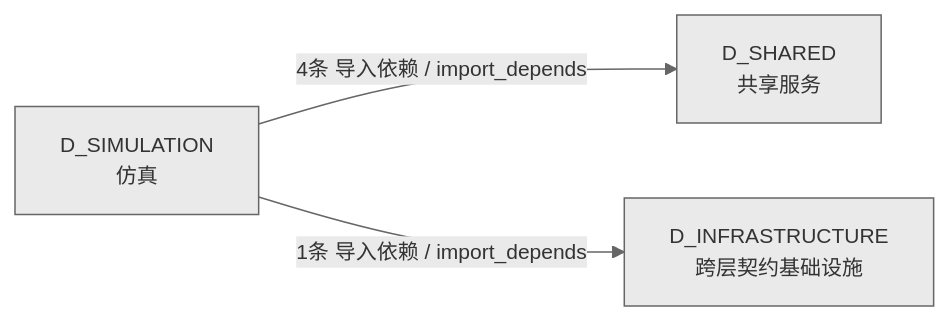
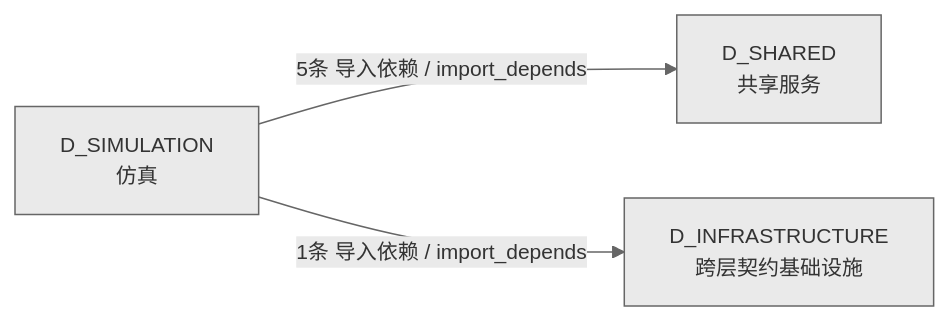
Before and after one commit to xuanFelixVan/ZephyrAlpha: the fourth of 4 diagrams in docs/02_enterprise_architecture/02_domain_architecture_docs/70_d_simulation.md, drawn with Mermaid. The commit also changed other lines of this file and 8 other files, not shown here.

````diff
--- a/docs/02_enterprise_architecture/02_domain_architecture_docs/70_d_simulation.md
+++ b/docs/02_enterprise_architecture/02_domain_architecture_docs/70_d_simulation.md
@@ -190,9 +191,9 @@
 ```mermaid
 %%{init: {'theme': 'base', 'themeVariables': {'primaryColor': '#eaeaea', 'primaryTextColor': '#333333', 'primaryBorderColor': '#666666', 'lineColor': '#666666', 'secondaryColor': '#eaeaea', 'tertiaryColor': '#eaeaea', 'fontSize': '14px'}}}%%
 graph LR
     D_SIMULATION["D_SIMULATION<br/>仿真"]
     D_SHARED["D_SHARED<br/>共享服务"]
     D_INFRASTRUCTURE["D_INFRASTRUCTURE<br/>跨层契约基础设施"]
-    D_SIMULATION -->|4条 导入依赖 / import_depends| D_SHARED
+    D_SIMULATION -->|5条 导入依赖 / import_depends| D_SHARED
     D_SIMULATION -->|1条 导入依赖 / import_depends| D_INFRASTRUCTURE
 ```
````
